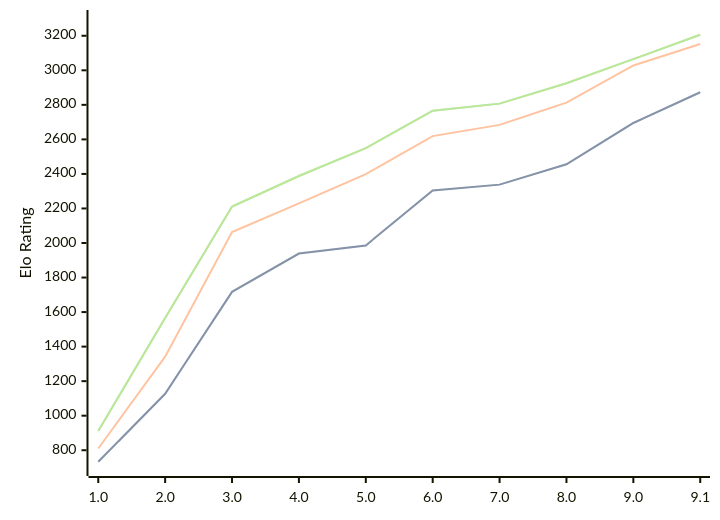
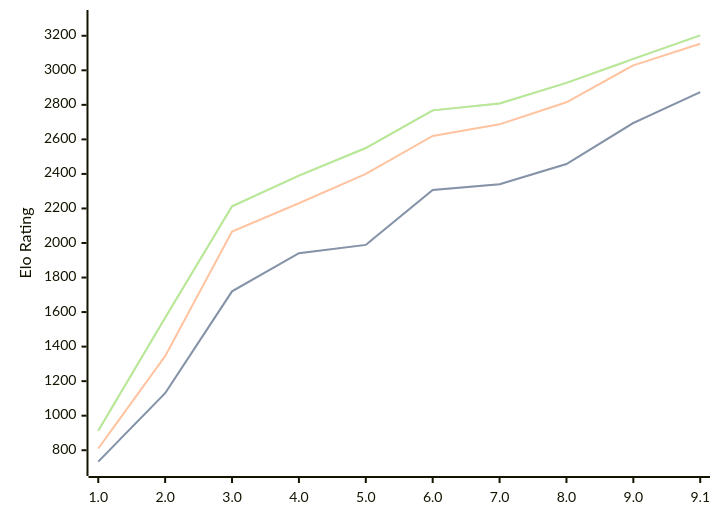
The diagram in engines/Pea.md (computer-chess-index/cci), drawn with Mermaid before and after one commit. The commit also changed other lines of this file, not shown here.

Commit message:
Update CCI Ratings (ELO VLTC) - 2026-08-22

````diff
--- a/engines/Pea.md
+++ b/engines/Pea.md
@@ -40,11 +40,11 @@
 ```mermaid
 %%{init: {"theme":"base","themeVariables":{"seriesColors:['#a3a3a3','#222221','#faa371']}}}%%
 xychart-beta
   x-axis ["1.0", "2.0", "3.0", "4.0", "5.0", "6.0", "7.0", "8.0", "9.0", "9.1"]
   y-axis "Elo Rating" 700 --> 3300
-  line "STC (8.0+0.08s)" [733, 1127, 1717, 1939, 1986, 2304, 2338, 2456, 2695, 2873]
-  line "STC (8.0+0.08s)" [733, 1127, 1717, 1939, 1986, 2304, 2338, 2456, 2695, 2873]
-  line "LTC (60.0+0.60s)" [810, 1342, 2063, 2229, 2399, 2619, 2684, 2813, 3028, 3152]
-  line "VLTC (2m24s+1.12s)" [911, 1566, 2211, 2388, 2549, 2766, 2807, 2925, 3065, 3206]
-  line "VLTC (2m24s+1.12s)" [911, 1566, 2211, 2388, 2549, 2766, 2807, 2925, 3065, 3206]
+  line "STC (8.0+0.08s)" [734, 1130, 1720, 1941, 1989, 2307, 2340, 2457, 2695, 2874]
+  line "STC (8.0+0.08s)" [734, 1130, 1720, 1941, 1989, 2307, 2340, 2457, 2695, 2874]
+  line "LTC (60.0+0.60s)" [810, 1345, 2066, 2230, 2400, 2620, 2687, 2815, 3029, 3154]
+  line "VLTC (2m24s+1.12s)" [913, 1567, 2213, 2390, 2550, 2768, 2808, 2927, 3066, 3202]
+  line "VLTC (2m24s+1.12s)" [913, 1567, 2213, 2390, 2550, 2768, 2808, 2927, 3066, 3202]
 ```
````
